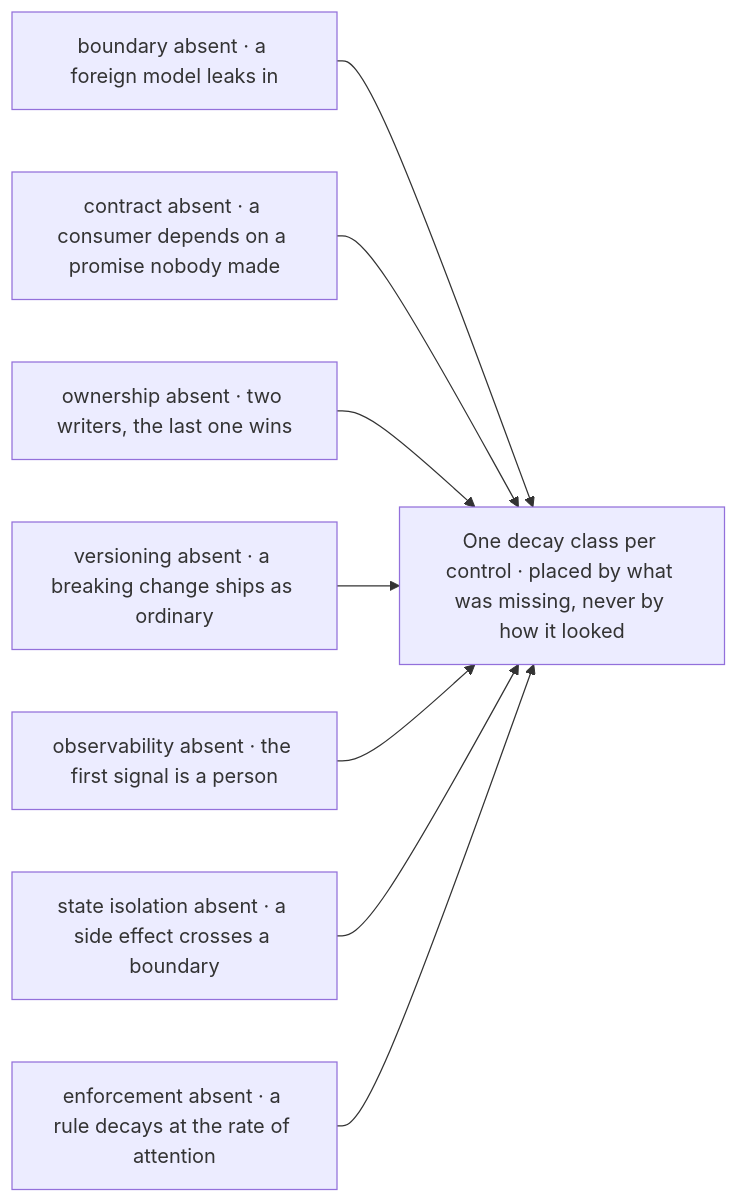
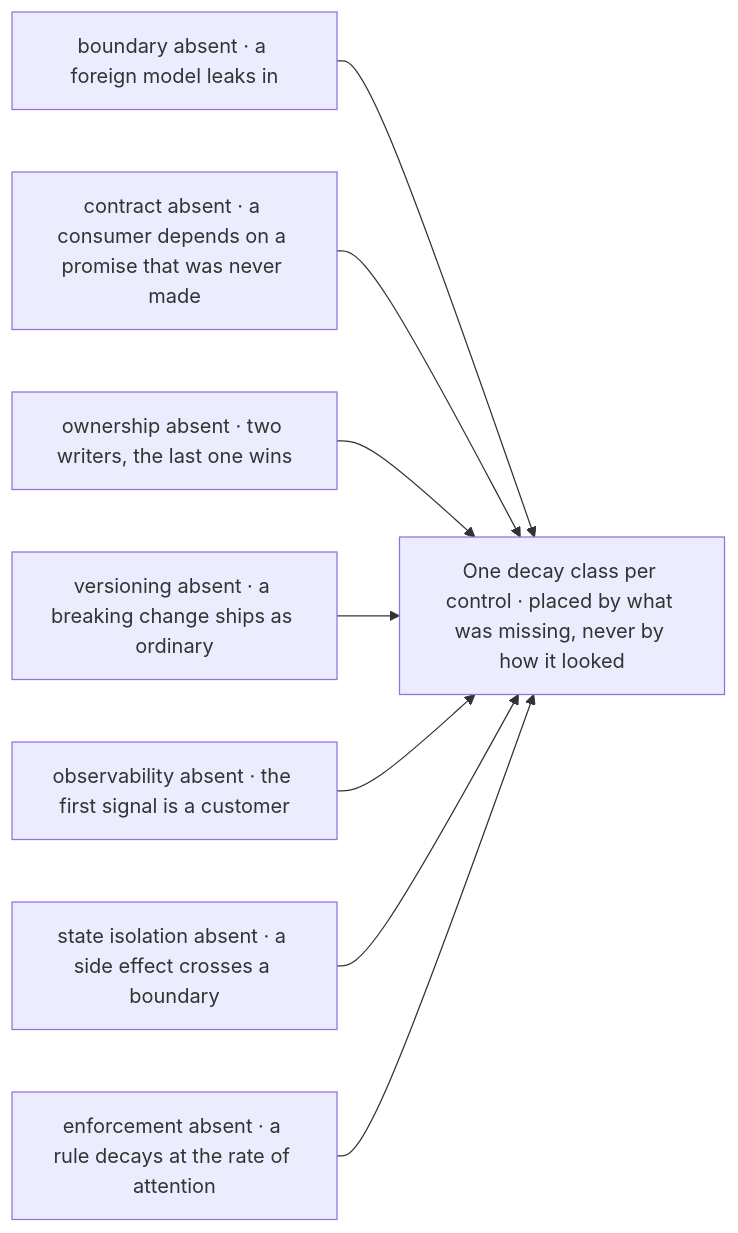
Before and after one commit to Varietyz/Disciplined-AI-Software-Development: the third of 5 diagrams in architecture/DECAY.md, drawn with Mermaid. The commit also changed other lines of this file and 25 other files, not shown here.

````diff
--- a/architecture/DECAY.md
+++ b/architecture/DECAY.md
@@ -106,18 +98,18 @@
 ```mermaid
 flowchart LR
 boundary["boundary absent · a foreign model leaks in"]
-contract["contract absent · a consumer depends on a promise nobody made"]
+contract["contract absent · a consumer depends on a promise that was never made"]
 ownership["ownership absent · two writers, the last one wins"]
 versioning["versioning absent · a breaking change ships as ordinary"]
-observability["observability absent · the first signal is a person"]
+observability["observability absent · the first signal is a customer"]
 isolation["state isolation absent · a side effect crosses a boundary"]
 enforcement["enforcement absent · a rule decays at the rate of attention"]
 decay["One decay class per control · placed by what was missing, never by how it looked"]
 boundary --> decay
 contract --> decay
 ownership --> decay
 versioning --> decay
 observability --> decay
 isolation --> decay
 enforcement --> decay
 ```
````
